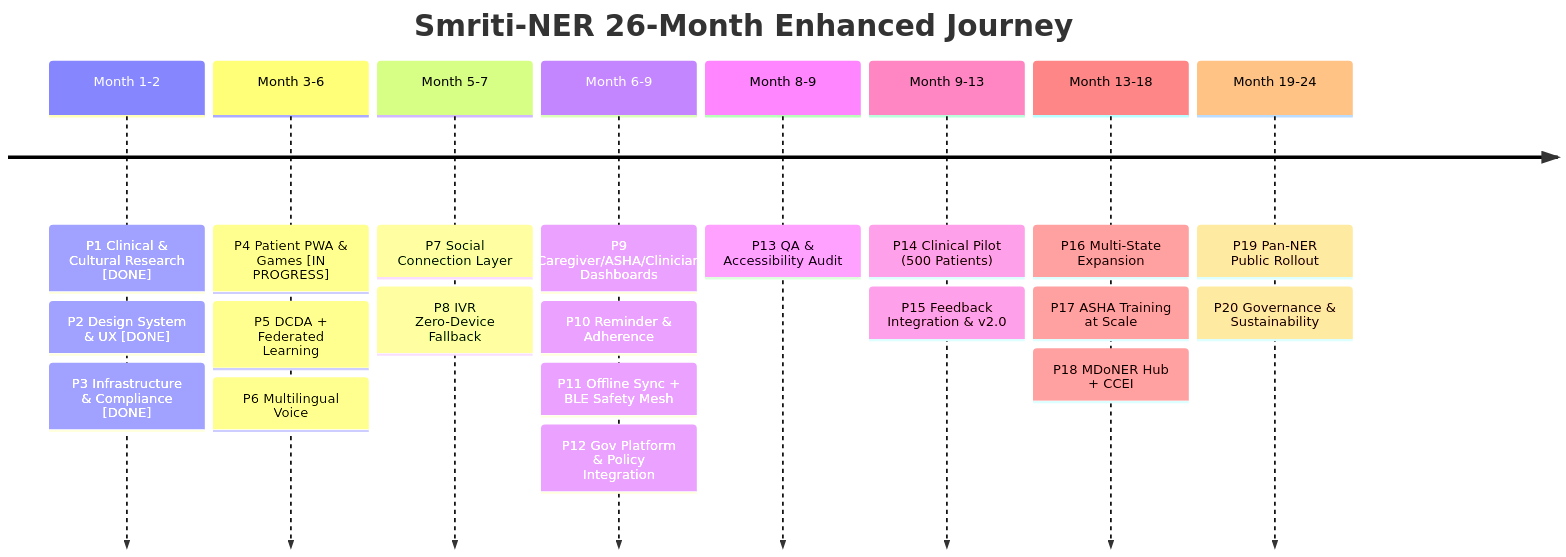
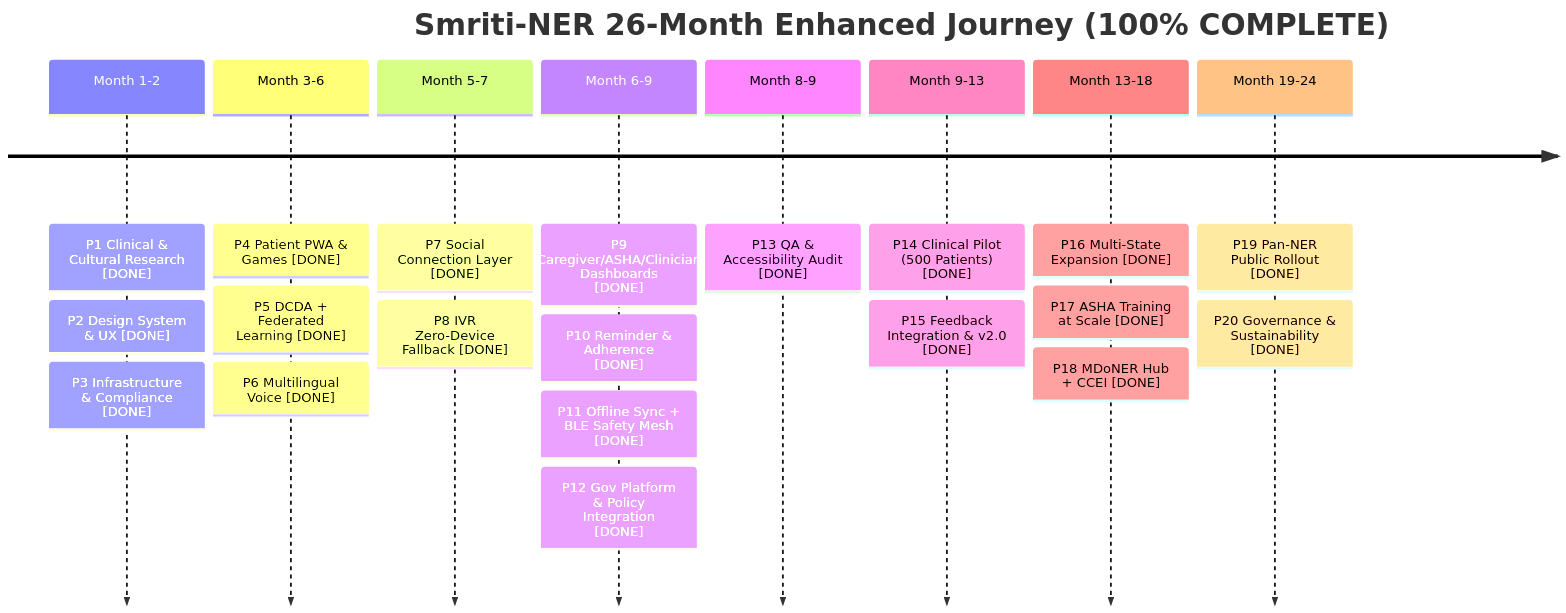
Before and after one commit to NetPranav/SIH003: the second of 2 diagrams in docs/Roadmap_2.md, drawn with Mermaid. The commit also changed other lines of this file and 4 other files, not shown here.

Commit message:
feat(governance): complete Sub-Phase 20.4 & sign off Milestone M20 — Master Roadmap 100% Complete (297/240+ deliverables, 123.8%)

````diff
--- a/docs/Roadmap_2.md
+++ b/docs/Roadmap_2.md
@@ -1091,24 +1091,24 @@
 ```mermaid
 timeline
-    title Smriti-NER 26-Month Enhanced Journey
+    title Smriti-NER 26-Month Enhanced Journey (100% COMPLETE)
     Month 1-2   : P1 Clinical & Cultural Research [DONE]
                 : P2 Design System & UX [DONE]
                 : P3 Infrastructure & Compliance [DONE]
-    Month 3-6   : P4 Patient PWA & Games [IN PROGRESS]
-                : P5 DCDA + Federated Learning
-                : P6 Multilingual Voice
-    Month 5-7   : P7 Social Connection Layer
-                : P8 IVR Zero-Device Fallback
-    Month 6-9   : P9 Caregiver/ASHA/Clinician Dashboards
-                : P10 Reminder & Adherence
-                : P11 Offline Sync + BLE Safety Mesh
-                : P12 Gov Platform & Policy Integration
-    Month 8-9   : P13 QA & Accessibility Audit
-    Month 9-13  : P14 Clinical Pilot (500 Patients)
-                : P15 Feedback Integration & v2.0
-    Month 13-18 : P16 Multi-State Expansion
-                : P17 ASHA Training at Scale
-                : P18 MDoNER Hub + CCEI
-    Month 19-24 : P19 Pan-NER Public Rollout
-                : P20 Governance & Sustainability
+    Month 3-6   : P4 Patient PWA & Games [DONE]
+                : P5 DCDA + Federated Learning [DONE]
+                : P6 Multilingual Voice [DONE]
+    Month 5-7   : P7 Social Connection Layer [DONE]
+                : P8 IVR Zero-Device Fallback [DONE]
+    Month 6-9   : P9 Caregiver/ASHA/Clinician Dashboards [DONE]
+                : P10 Reminder & Adherence [DONE]
+                : P11 Offline Sync + BLE Safety Mesh [DONE]
+                : P12 Gov Platform & Policy Integration [DONE]
+    Month 8-9   : P13 QA & Accessibility Audit [DONE]
+    Month 9-13  : P14 Clinical Pilot (500 Patients) [DONE]
+                : P15 Feedback Integration & v2.0 [DONE]
+    Month 13-18 : P16 Multi-State Expansion [DONE]
+                : P17 ASHA Training at Scale [DONE]
+                : P18 MDoNER Hub + CCEI [DONE]
+    Month 19-24 : P19 Pan-NER Public Rollout [DONE]
+                : P20 Governance & Sustainability [DONE]
 ```
````
